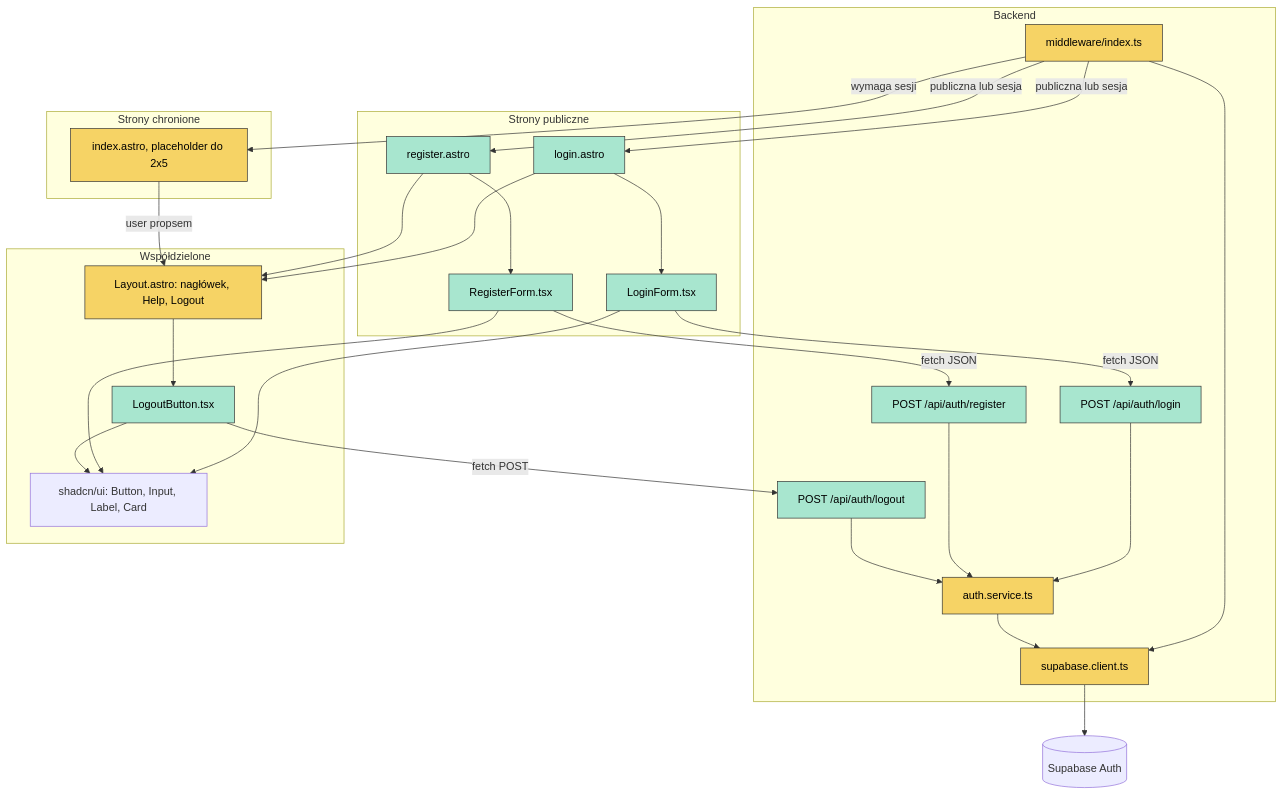
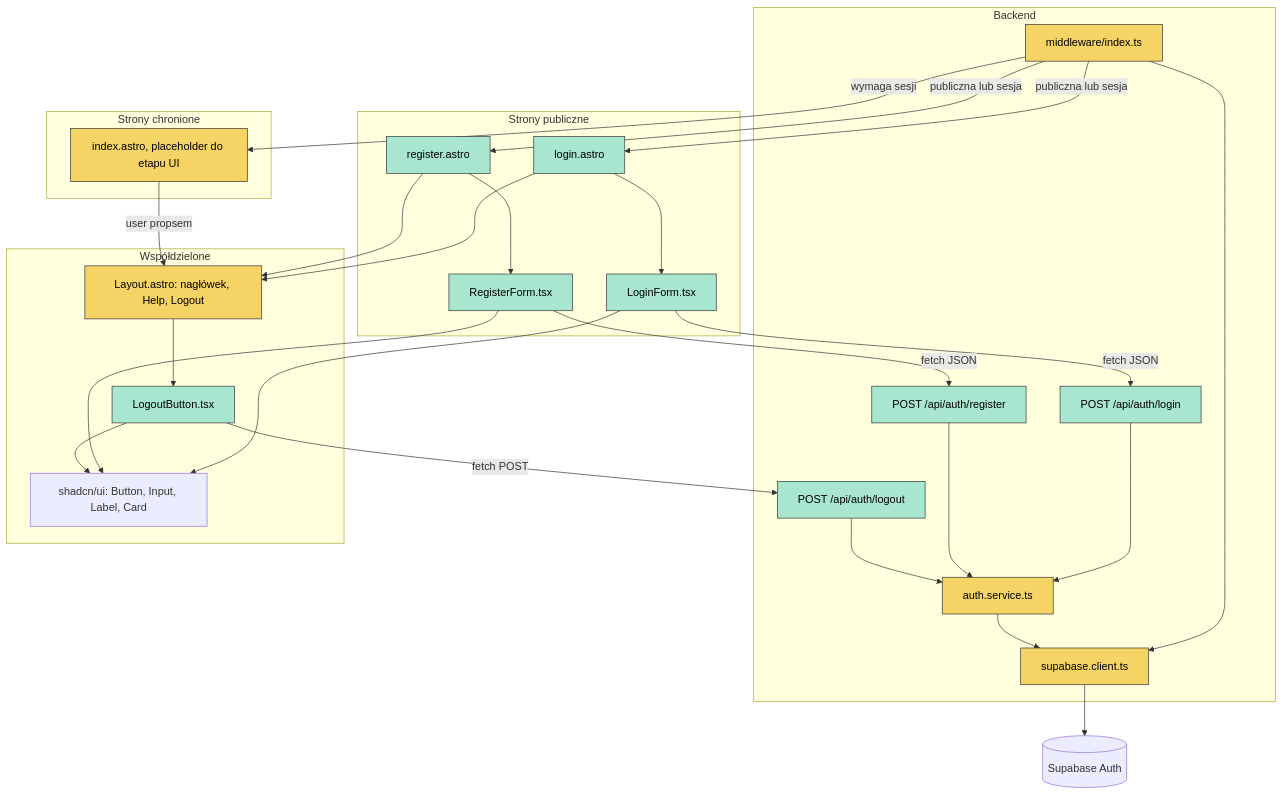
Before and after one commit to janwychowaniak/mindagora: the third of 3 diagrams in context/foundation/ap6-auth-spec-pl.md, drawn with Mermaid. The commit also changed other lines of this file and 15 other files, not shown here.

````diff
--- a/context/foundation/ap6-auth-spec-pl.md
+++ b/context/foundation/ap6-auth-spec-pl.md
@@ -325,54 +325,54 @@
 ```mermaid
 flowchart TD
   subgraph Backend["Backend"]
     MW["middleware/index.ts"]
     ApiLogin["POST /api/auth/login"]
     ApiRegister["POST /api/auth/register"]
     ApiLogout["POST /api/auth/logout"]
     Service["auth.service.ts"]
     Client["supabase.client.ts"]
   end
   Supabase[("Supabase Auth")]
 
   subgraph Public["Strony publiczne"]
     LoginPage["login.astro"]
     RegisterPage["register.astro"]
     LoginForm["LoginForm.tsx"]
     RegisterForm["RegisterForm.tsx"]
   end
   subgraph Protected["Strony chronione"]
-    IndexPage["index.astro, placeholder do 2x5"]
+    IndexPage["index.astro, placeholder do etapu UI"]
   end
   subgraph Shared["Współdzielone"]
     Layout["Layout.astro: nagłówek, Help, Logout"]
     LogoutButton["LogoutButton.tsx"]
     UI["shadcn/ui: Button, Input, Label, Card"]
   end
 
   MW -- "publiczna lub sesja" --> LoginPage
   MW -- "publiczna lub sesja" --> RegisterPage
   MW -- "wymaga sesji" --> IndexPage
   LoginPage --> Layout
   RegisterPage --> Layout
   IndexPage -- "user propsem" --> Layout
   LoginPage --> LoginForm
   RegisterPage --> RegisterForm
   Layout --> LogoutButton
   LoginForm --> UI
   RegisterForm --> UI
   LogoutButton --> UI
   LoginForm -- "fetch JSON" --> ApiLogin
   RegisterForm -- "fetch JSON" --> ApiRegister
   LogoutButton -- "fetch POST" --> ApiLogout
   ApiLogin --> Service
   ApiRegister --> Service
   ApiLogout --> Service
   MW --> Client
   Service --> Client
   Client --> Supabase
 
   classDef changed fill:#f6d365,stroke:#333,color:#000
   classDef new fill:#a8e6cf,stroke:#333,color:#000
   class Layout,IndexPage,MW,Service,Client changed
   class LoginPage,RegisterPage,LoginForm,RegisterForm,LogoutButton,ApiLogin,ApiRegister,ApiLogout new
 ```
````
